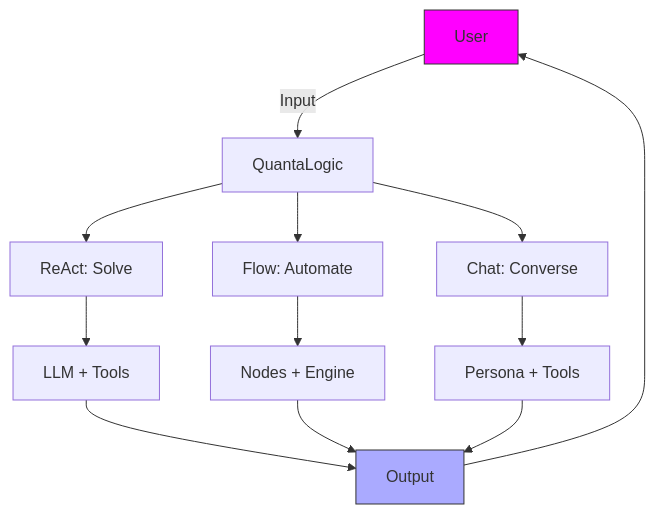
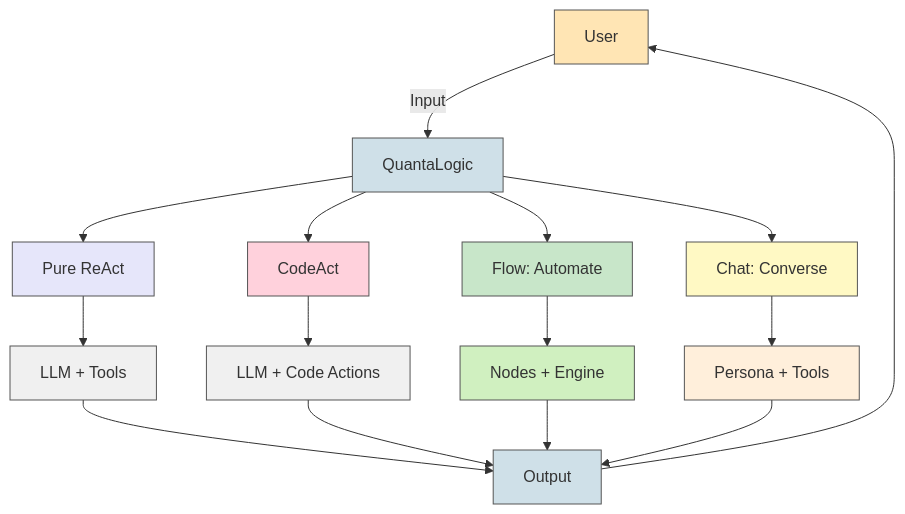
Before and after one commit to quantalogic/quantalogic: the first of 3 diagrams in README.md, drawn with Mermaid.

Commit message:
Update architecture diagram with CodeAct component and improved color scheme

````diff
--- a/README.md
+++ b/README.md
@@ -62,16 +62,28 @@
 ```mermaid
 graph TD
     A[User] -->|Input| B[QuantaLogic]
-    B --> C[ReAct: Solve]
+    B --> C1[Pure ReAct]
+    B --> C2[CodeAct]
     B --> D[Flow: Automate]
     B --> E[Chat: Converse]
-    C --> F[LLM + Tools]
+    C1 --> F1[LLM + Tools]
+    C2 --> F2[LLM + Code Actions]
     D --> G[Nodes + Engine]
     E --> H[Persona + Tools]
-    F --> I[Output]
+    F1 --> I[Output]
+    F2 --> I
     G --> I
     H --> I
     I --> A
-    style A fill:#f0f,stroke:#333
-    style I fill:#aaf,stroke:#333
+    style A fill:#ffe5b4,stroke:#555
+    style B fill:#cfe0e8,stroke:#555
+    style C1 fill:#e6e6fa,stroke:#555
+    style C2 fill:#ffd1dc,stroke:#555
+    style D fill:#c8e6c9,stroke:#555
+    style E fill:#fff9c4,stroke:#555
+    style F1 fill:#f0f0f0,stroke:#555
+    style F2 fill:#f0f0f0,stroke:#555
+    style G fill:#d0f0c0,stroke:#555
+    style H fill:#ffefdb,stroke:#555
+    style I fill:#cfe0e8,stroke:#555
 ```
````
